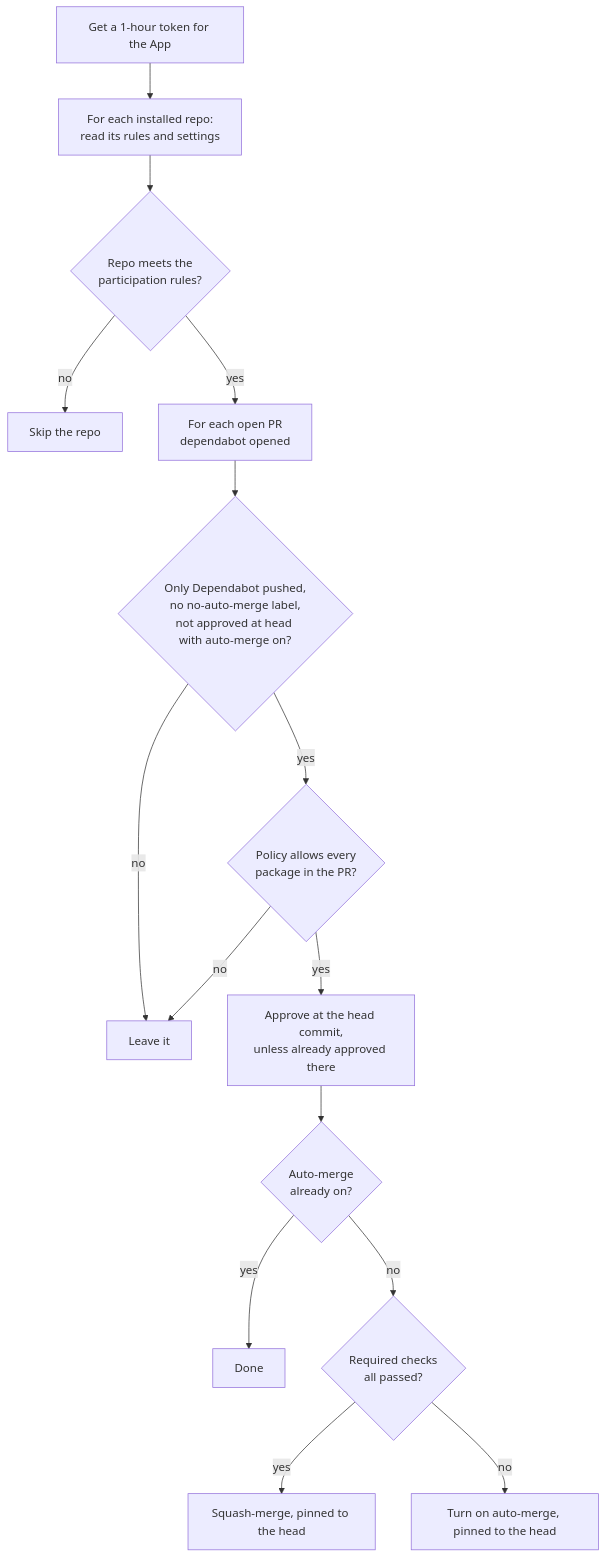
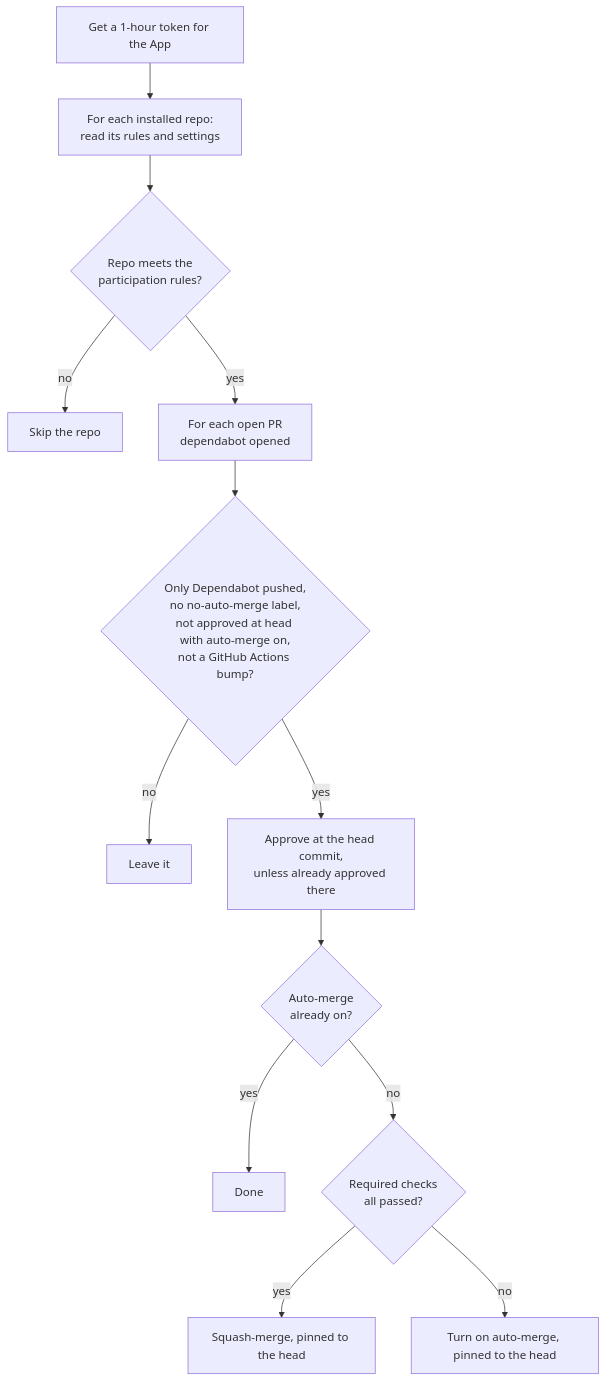
One commit to meridianlabs-ai/agents changed the second of 3 diagrams in design/dependabot-merge.md. Above: the diagram before and after it, drawn with Mermaid. The commit also changed other lines of this file and 8 other files, not shown here.

First line of the commit message:
dependabot merge: drop the merge policy, skip GitHub Actions bumps

````diff
--- a/design/dependabot-merge.md
+++ b/design/dependabot-merge.md
@@ -47,17 +48,15 @@
 ```mermaid
 flowchart TD
     A[Get a 1-hour token for the App] --> B[For each installed repo:<br/>read its rules and settings]
     B --> S{Repo meets the<br/>participation rules?}
     S -- no --> SK[Skip the repo]
     S -- yes --> P[For each open PR<br/>dependabot opened]
-    P --> R{Only Dependabot pushed,<br/>no no-auto-merge label,<br/>not approved at head with auto-merge on?}
+    P --> R{Only Dependabot pushed,<br/>no no-auto-merge label,<br/>not approved at head with auto-merge on,<br/>not a GitHub Actions bump?}
     R -- no --> L[Leave it]
-    R -- yes --> Q{Policy allows every<br/>package in the PR?}
-    Q -- no --> L
-    Q -- yes --> AP[Approve at the head commit,<br/>unless already approved there]
+    R -- yes --> AP[Approve at the head commit,<br/>unless already approved there]
     AP --> AM{Auto-merge<br/>already on?}
     AM -- yes --> DONE[Done]
     AM -- no --> C{Required checks<br/>all passed?}
     C -- yes --> MG[Squash-merge, pinned to the head]
     C -- no --> EA[Turn on auto-merge, pinned to the head]
 ```
````
